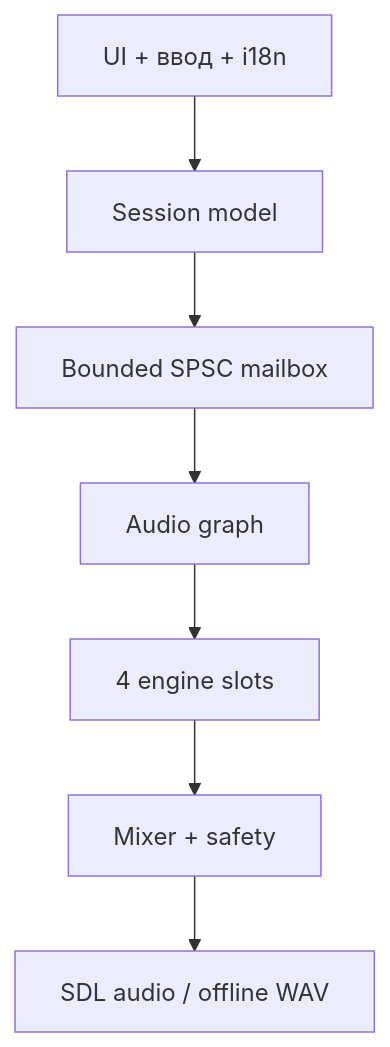
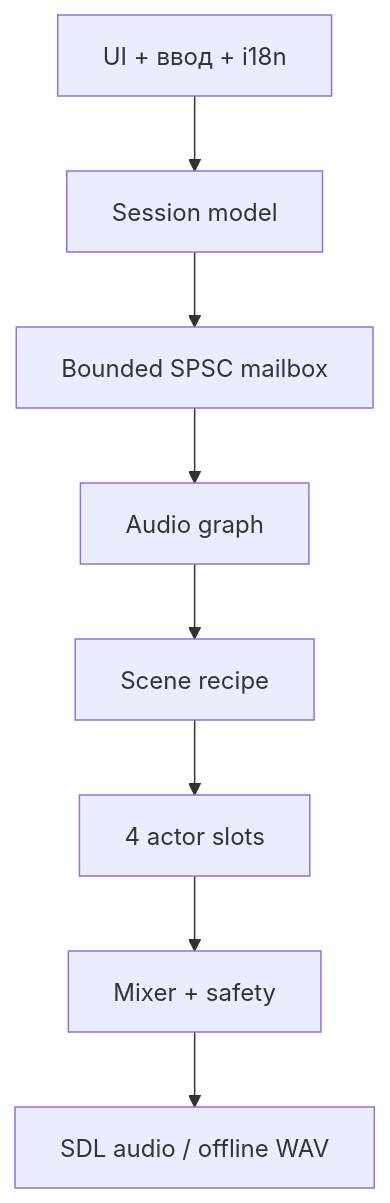
One commit to myldy20/cursed-drone changed the first of 2 diagrams in docs/architecture.ru.md. Above: the diagram before and after it, drawn with Mermaid. The commit also changed other lines of this file and 28 other files, not shown here.

````diff
--- a/docs/architecture.ru.md
+++ b/docs/architecture.ru.md
@@ -13,9 +13,10 @@
 ```mermaid
 flowchart TD
     UI["UI + ввод + i18n"] --> Model["Session model"]
     Model --> Queue["Bounded SPSC mailbox"]
     Queue --> Graph["Audio graph"]
-    Graph --> Slots["4 engine slots"]
+    Graph --> Scene["Scene recipe"]
+    Scene --> Slots["4 actor slots"]
     Slots --> Mix["Mixer + safety"]
     Mix --> Device["SDL audio / offline WAV"]
 ```
````
